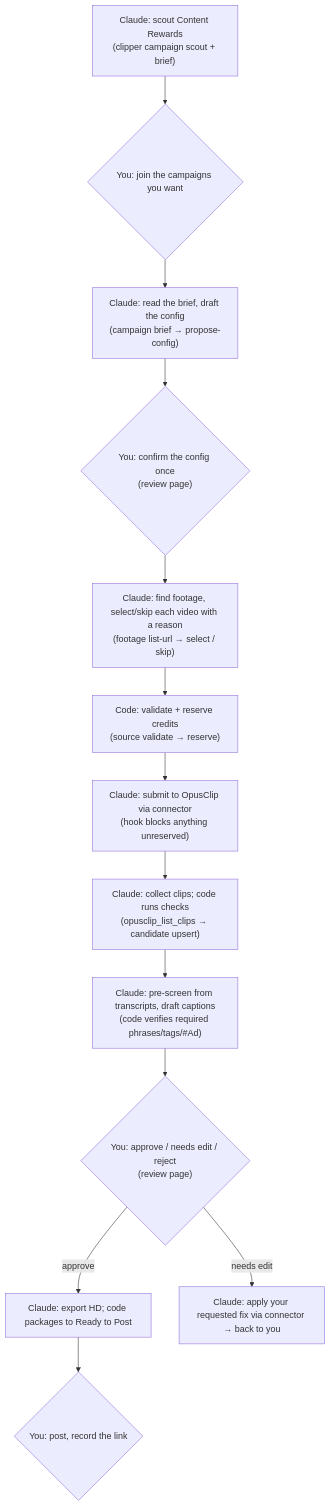
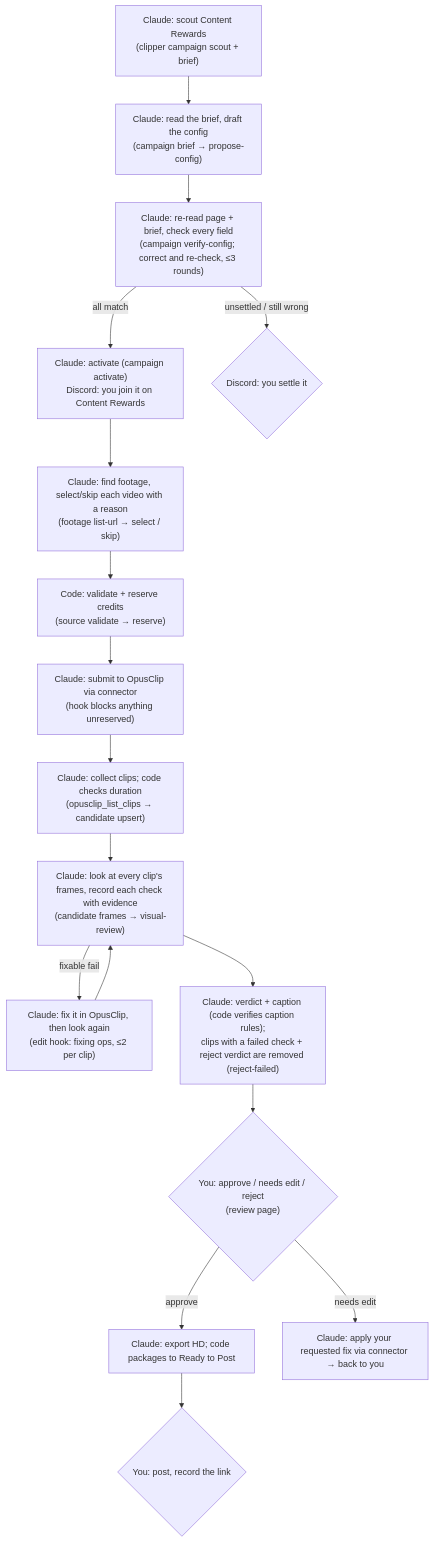
Before and after one commit to misterhedrick/clipper: the diagram in docs/ROADMAP.md, drawn with Mermaid. The commit also changed other lines of this file and 16 other files, not shown here.

````diff
--- a/docs/ROADMAP.md
+++ b/docs/ROADMAP.md
@@ -35,15 +35,19 @@
 ```mermaid
 flowchart TD
-  A["Claude: scout Content Rewards<br/>(clipper campaign scout + brief)"] --> B{"You: join the campaigns you want"}
-  B --> C["Claude: read the brief, draft the config<br/>(campaign brief → propose-config)"]
-  C --> D{"You: confirm the config once<br/>(review page)"}
-  D --> E["Claude: find footage, select/skip each video with a reason<br/>(footage list-url → select / skip)"]
+  A["Claude: scout Content Rewards<br/>(clipper campaign scout + brief)"] --> C["Claude: read the brief, draft the config<br/>(campaign brief → propose-config)"]
+  C --> V["Claude: re-read page + brief, check every field<br/>(campaign verify-config; correct and re-check, ≤3 rounds)"]
+  V -->|all match| AC["Claude: activate (campaign activate)<br/>Discord: you join it on Content Rewards"]
+  V -->|unsettled / still wrong| X{"Discord: you settle it"}
+  AC --> E["Claude: find footage, select/skip each video with a reason<br/>(footage list-url → select / skip)"]
   E --> F["Code: validate + reserve credits<br/>(source validate → reserve)"]
   F --> G["Claude: submit to OpusClip via connector<br/>(hook blocks anything unreserved)"]
-  G --> H["Claude: collect clips; code runs checks<br/>(opusclip_list_clips → candidate upsert)"]
-  H --> I["Claude: pre-screen from transcripts, draft captions<br/>(code verifies required phrases/tags/#Ad)"]
+  G --> H["Claude: collect clips; code checks duration<br/>(opusclip_list_clips → candidate upsert)"]
+  H --> VR["Claude: look at every clip's frames, record each check with evidence<br/>(candidate frames → visual-review)"]
+  VR -->|fixable fail| FX["Claude: fix it in OpusClip, then look again<br/>(edit hook: fixing ops, ≤2 per clip)"]
+  FX --> VR
+  VR --> I["Claude: verdict + caption (code verifies caption rules);<br/>clips with a failed check + reject verdict are removed (reject-failed)"]
   I --> J{"You: approve / needs edit / reject<br/>(review page)"}
   J -->|approve| K["Claude: export HD; code packages to Ready to Post"]
   J -->|needs edit| L["Claude: apply your requested fix via connector → back to you"]
   K --> M{"You: post, record the link"}
 ```
````
